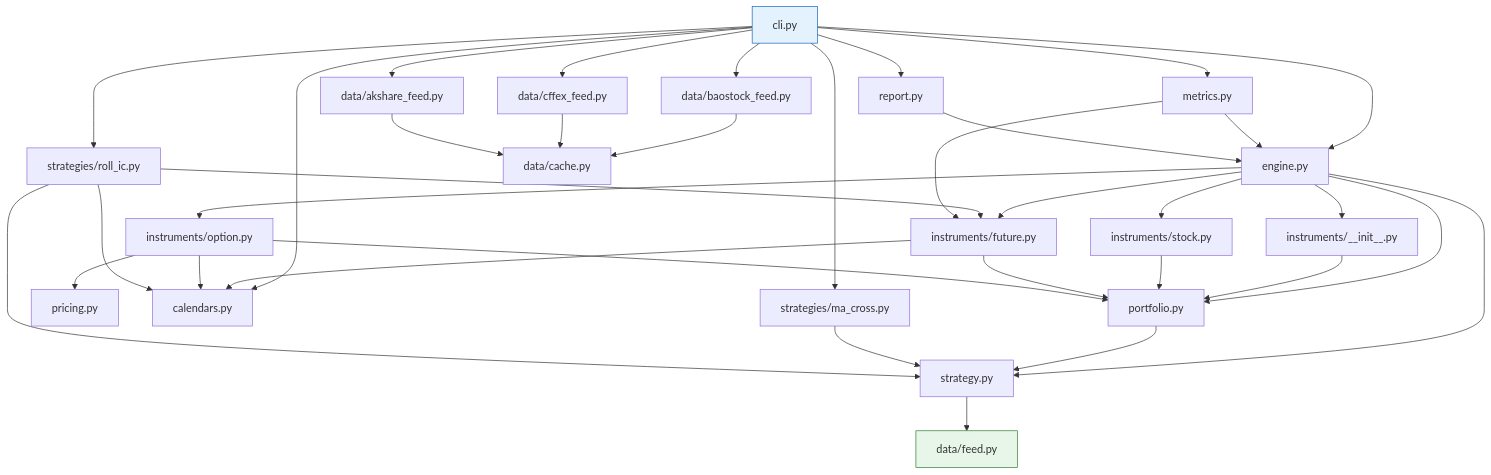
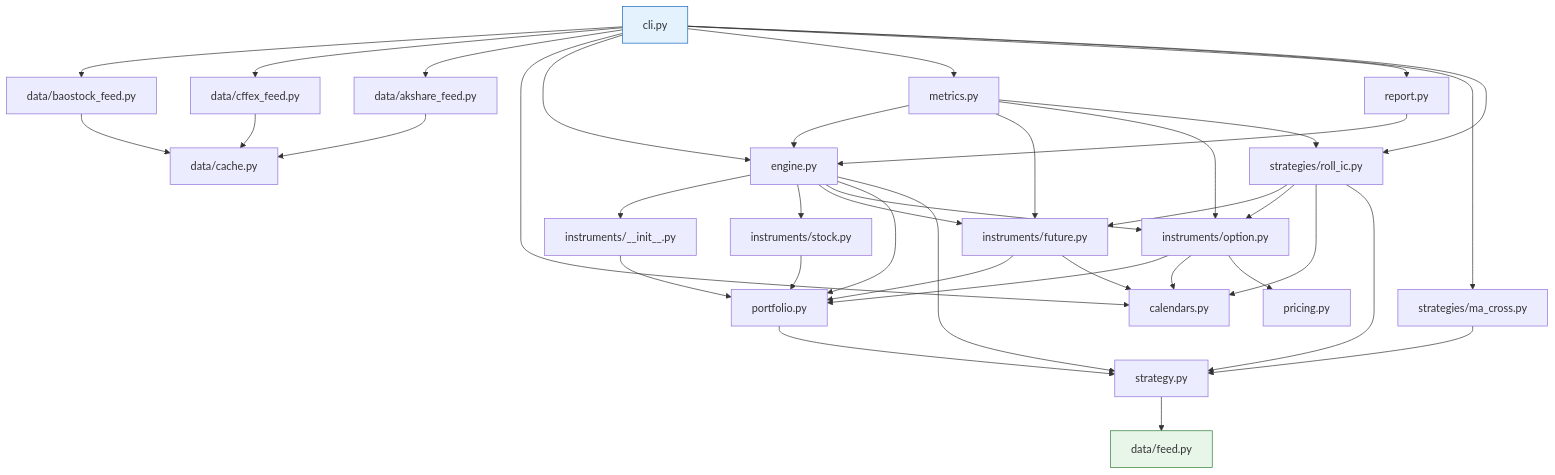
The second of 27 diagrams in docs/code-walkthrough.md (guevara12345/quant), drawn with Mermaid before and after one commit. The commit also changed other lines of this file and 16 other files, not shown here.

````diff
--- a/docs/code-walkthrough.md
+++ b/docs/code-walkthrough.md
@@ -113,62 +114,65 @@
 ```mermaid
 flowchart TD
     cli[cli.py]
     engine[engine.py]
     metrics[metrics.py]
     report[report.py]
     strategy[strategy.py]
     portfolio[portfolio.py]
     rules[instruments/__init__.py]
     stock[instruments/stock.py]
     future[instruments/future.py]
     option[instruments/option.py]
     pricing[pricing.py]
     cal[calendars.py]
     ma[strategies/ma_cross.py]
     roll[strategies/roll_ic.py]
     feed[data/feed.py]
     cache[data/cache.py]
     bao[data/baostock_feed.py]
     cffex[data/cffex_feed.py]
     ak[data/akshare_feed.py]
 
     cli --> bao
     cli --> cffex
     cli --> ak
     cli --> cal
     cli --> engine
     cli --> metrics
     cli --> report
     cli --> ma
     cli --> roll
     engine --> rules
     engine --> stock
     engine --> future
     engine --> option
     engine --> portfolio
     engine --> strategy
     rules --> portfolio
     stock --> portfolio
     future --> portfolio
     future --> cal
     option --> portfolio
     option --> cal
     option --> pricing
     roll --> future
+    roll --> option
     roll --> cal
     metrics --> engine
     metrics --> future
+    metrics --> option
+    metrics --> roll
     report --> engine
     portfolio --> strategy
     strategy --> feed
     ma --> strategy
     roll --> strategy
     bao --> cache
     cffex --> cache
     ak --> cache
 
     classDef bottom fill:#e8f5e9,stroke:#2e7d32
     classDef top fill:#e3f2fd,stroke:#1565c0
     class feed bottom
     class cli top
 ```
````
